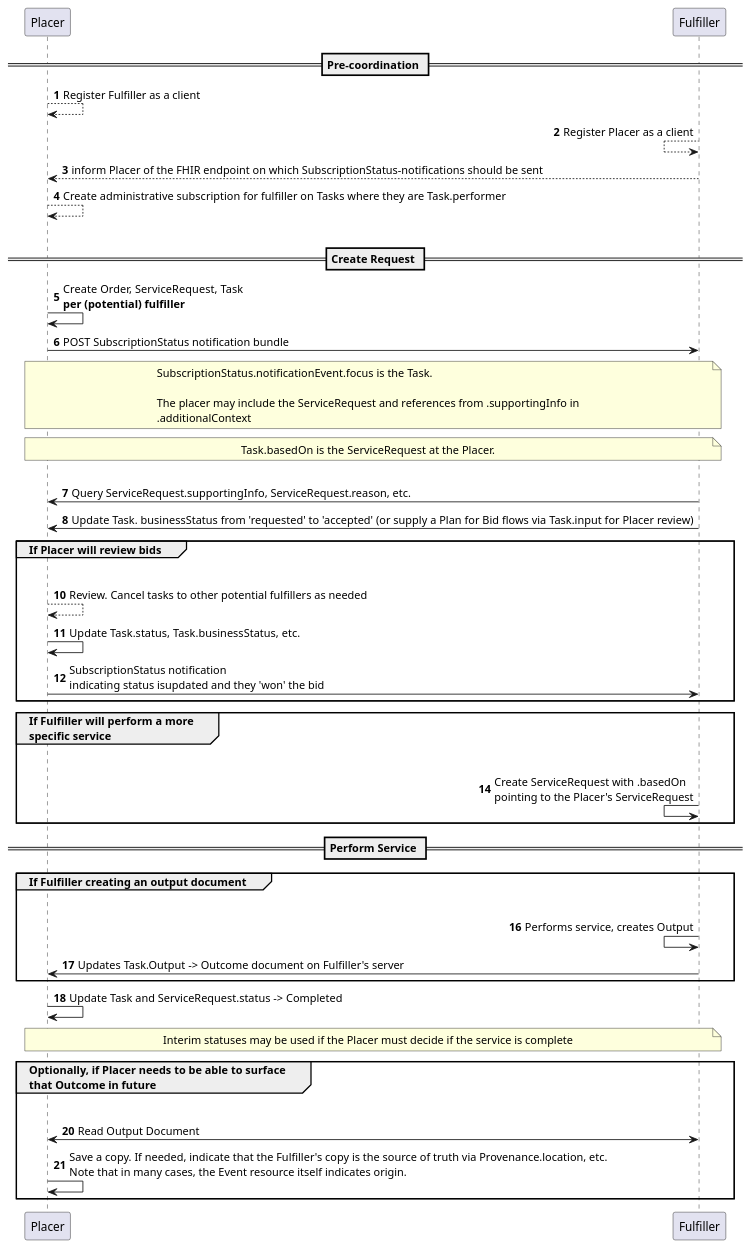
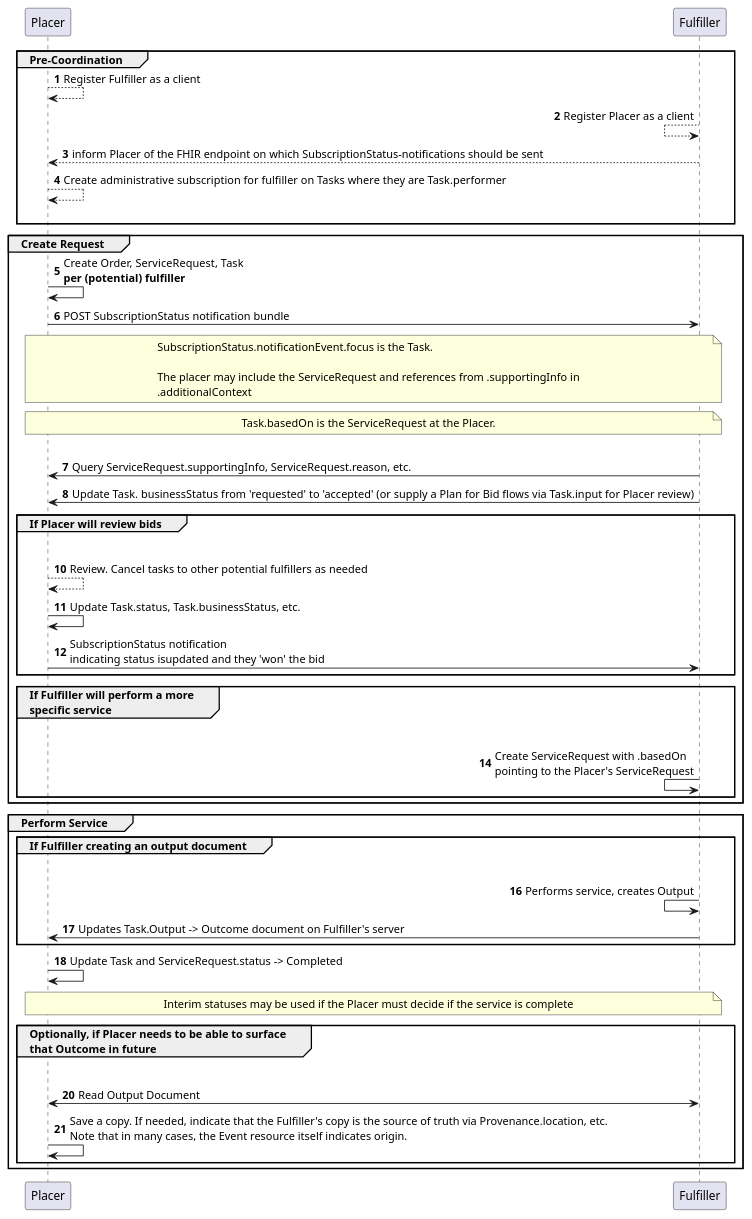
The diagram in input/images-source/subscriptions-general-example-task-at-placer.plantuml (HL7/fhir-cow-ig), drawn with PlantUML before and after one commit.

Commit message:
Update subscriptions-general-example-task-at-placer.plantuml
Updating from Section dividers to Groups

```diff
--- a/input/images-source/subscriptions-general-example-task-at-placer.plantuml
+++ b/input/images-source/subscriptions-general-example-task-at-placer.plantuml
@@ -1,75 +1,79 @@
 @startuml
 autonumber
 'skinparam svgDimensionStyle false
 'skinparam sequenceMessageAlign center
 
-== Pre-coordination ==
+group Pre-Coordination
 
 Placer --> Placer: Register Fulfiller as a client
 
 Fulfiller <-- Fulfiller: Register Placer as a client
 
 Placer <-- Fulfiller: inform Placer of the FHIR endpoint on which SubscriptionStatus-notifications should be sent
 
 
 Placer --> Placer: Create administrative subscription for fulfiller on Tasks where they are Task.performer
 ||20||
-== Create Request ==
+end
+
+group Create Request
+
 
 Placer -> Placer : Create Order, ServiceRequest, Task\n**per (potential) fulfiller**
 
 Placer -> Fulfiller: POST SubscriptionStatus notification bundle
 
 note over Placer,Fulfiller
 SubscriptionStatus.notificationEvent.focus is the Task. 
 
 The placer may include the ServiceRequest and references from .supportingInfo in 
 .additionalContext
 end note
 
 note over Placer,Fulfiller
 Task.basedOn is the ServiceRequest at the Placer. 
 end note
 
 ||20||
 
 Fulfiller -> Placer : Query ServiceRequest.supportingInfo, ServiceRequest.reason, etc.
 
 Fulfiller -> Placer : Update Task. businessStatus from 'requested' to 'accepted' (or supply a Plan for Bid flows via Task.input for Placer review)
 
 
 group If Placer will review bids
     Placer -[hidden]>Fulfiller:
     Placer --> Placer : Review. Cancel tasks to other potential fulfillers as needed
     Placer -> Placer : Update Task.status, Task.businessStatus, etc. 
     Placer -> Fulfiller : SubscriptionStatus notification \nindicating status isupdated and they 'won' the bid
 
 end
 
 group If Fulfiller will perform a more\nspecific service
     Fulfiller-[hidden]>Placer:
     Fulfiller <- Fulfiller : Create ServiceRequest with .basedOn\npointing to the Placer's ServiceRequest 
 
 end
-
-== Perform Service ==
+end
+group Perform Service
 
 group If Fulfiller creating an output document
     Fulfiller-[hidden]>Placer:
     Fulfiller <- Fulfiller : Performs service, creates Output
     Fulfiller -> Placer : Updates Task.Output -> Outcome document on Fulfiller's server
 
 end
 
 Placer -> Placer : Update Task and ServiceRequest.status -> Completed
 
 note over Placer,Fulfiller
 Interim statuses may be used if the Placer must decide if the service is complete 
 end note
 
 group Optionally, if Placer needs to be able to surface\nthat Outcome in future
     Placer-[hidden]>Fulfiller
     Placer <-> Fulfiller: Read Output Document
     Placer -> Placer : Save a copy. If needed, indicate that the Fulfiller's copy is the source of truth via Provenance.location, etc.\nNote that in many cases, the Event resource itself indicates origin. 
 end
+end
 @enduml
```
